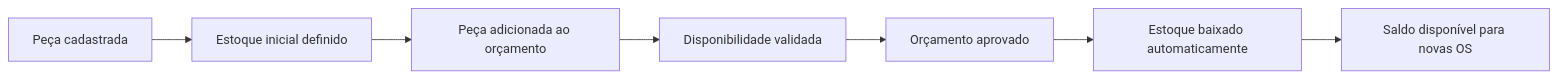
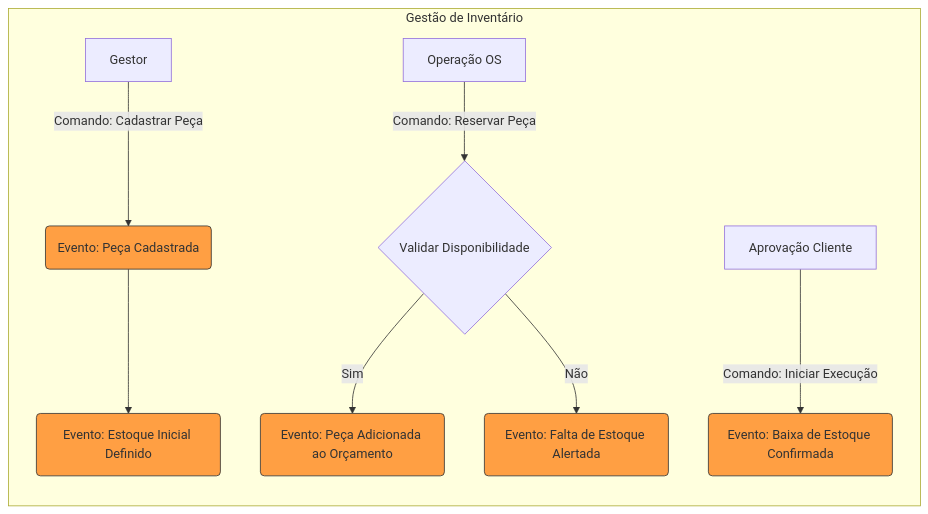
Before and after one commit to marcelsenarios/fiap-oficina: the second of 4 diagrams in docs/DDD_DOCUMENTATION.md, drawn with Mermaid. The commit also changed other lines of this file and 15 other files, not shown here.

````diff
--- a/docs/DDD_DOCUMENTATION.md
+++ b/docs/DDD_DOCUMENTATION.md
@@ -36,9 +65,17 @@
 ```mermaid
 graph LR
-    A[Peça cadastrada] --> B[Estoque inicial definido]
-    B --> C[Peça adicionada ao orçamento]
-    C --> D[Disponibilidade validada]
-    D --> E[Orçamento aprovado]
-    E --> F[Estoque baixado automaticamente]
-    F --> G[Saldo disponível para novas OS]
+    subgraph "Gestão de Inventário"
+        A[Gestor] -- "Comando: Cadastrar Peça" --> B(Evento: Peça Cadastrada)
+        B --> C(Evento: Estoque Inicial Definido)
+        D[Operação OS] -- "Comando: Reservar Peça" --> E{Validar Disponibilidade}
+        E -- "Sim" --> F(Evento: Peça Adicionada ao Orçamento)
+        E -- "Não" --> G(Evento: Falta de Estoque Alertada)
+        H[Aprovação Cliente] -- "Comando: Iniciar Execução" --> I(Evento: Baixa de Estoque Confirmada)
+    end
+
+    style B fill:#ff9f43,stroke:#333
+    style C fill:#ff9f43,stroke:#333
+    style F fill:#ff9f43,stroke:#333
+    style G fill:#ff9f43,stroke:#333
+    style I fill:#ff9f43,stroke:#333
 ```
````
